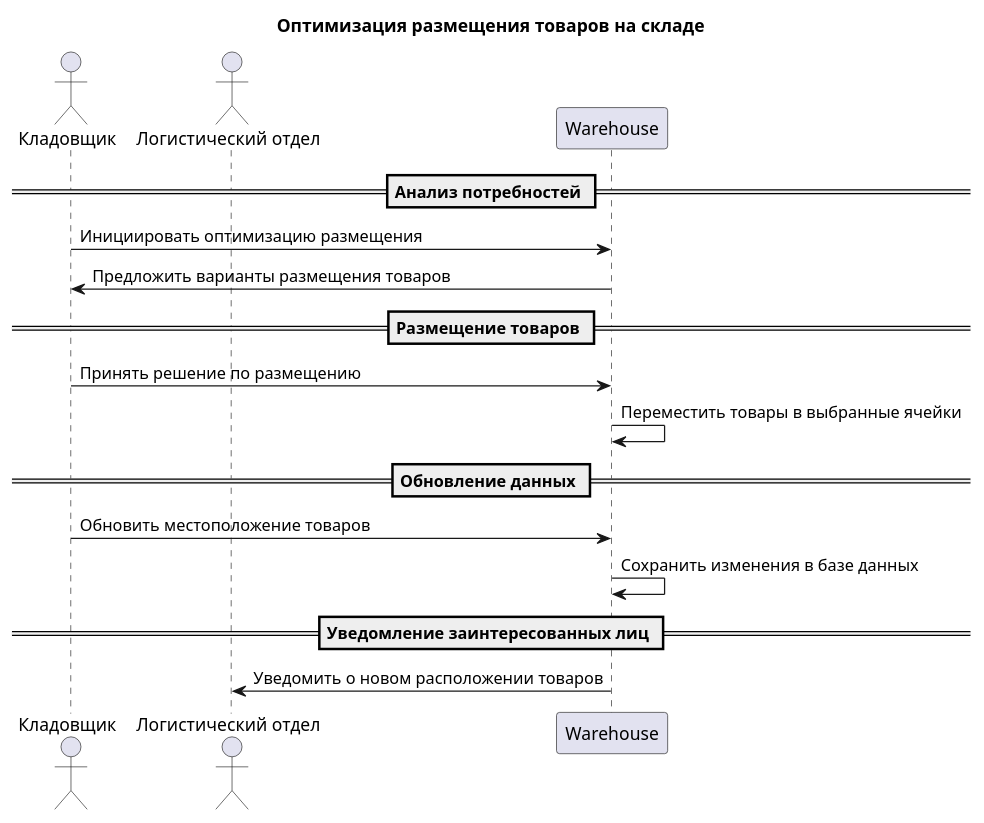
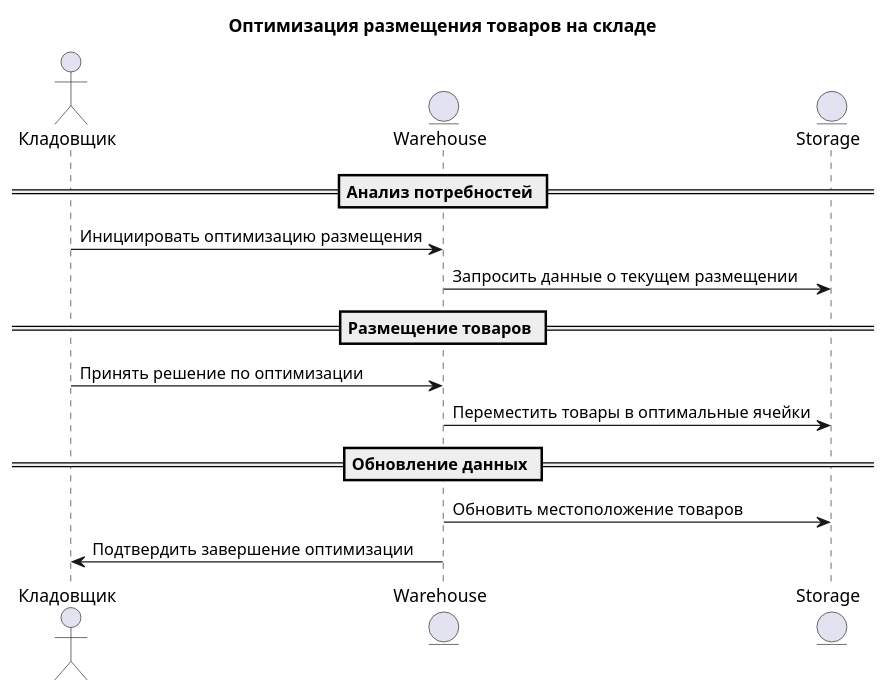
The diagram in Precedents/Оптимизация размещений/Диаграмма последовательности.md (penamarth/bsbo-14-22_team5_var6), drawn with PlantUML before and after one commit. The commit also changed 4 other files, not shown here.

````diff
--- a/Precedents/Оптимизация размещений/Диаграмма последовательности.md
+++ b/Precedents/Оптимизация размещений/Диаграмма последовательности.md
@@ -1,22 +1,22 @@
+```plantuml
 @startuml
-actor "Кладовщик" as warehouse
-actor "Логистический отдел" as logistics
+actor "Кладовщик" as warehouseManager
+entity "Warehouse" as warehouse
+entity "Storage" as storage
 
 title Оптимизация размещения товаров на складе
 
-== Анализ потребностей ==  
-warehouse -> Warehouse : Инициировать оптимизацию размещения
-Warehouse -> warehouse : Предложить варианты размещения товаров
+== Анализ потребностей ==
+warehouseManager -> warehouse: Инициировать оптимизацию размещения
+warehouse -> storage: Запросить данные о текущем размещении
 
-== Размещение товаров ==  
-warehouse -> Warehouse : Принять решение по размещению
-Warehouse -> Warehouse : Переместить товары в выбранные ячейки
+== Размещение товаров ==
+warehouseManager -> warehouse: Принять решение по оптимизации
+warehouse -> storage: Переместить товары в оптимальные ячейки
 
-== Обновление данных ==  
-warehouse -> Warehouse : Обновить местоположение товаров
-Warehouse -> Warehouse : Сохранить изменения в базе данных
-
-== Уведомление заинтересованных лиц ==  
-Warehouse -> logistics : Уведомить о новом расположении товаров
+== Обновление данных ==
+warehouse -> storage: Обновить местоположение товаров
+warehouse -> warehouseManager: Подтвердить завершение оптимизации
 
 @enduml
+```
````
